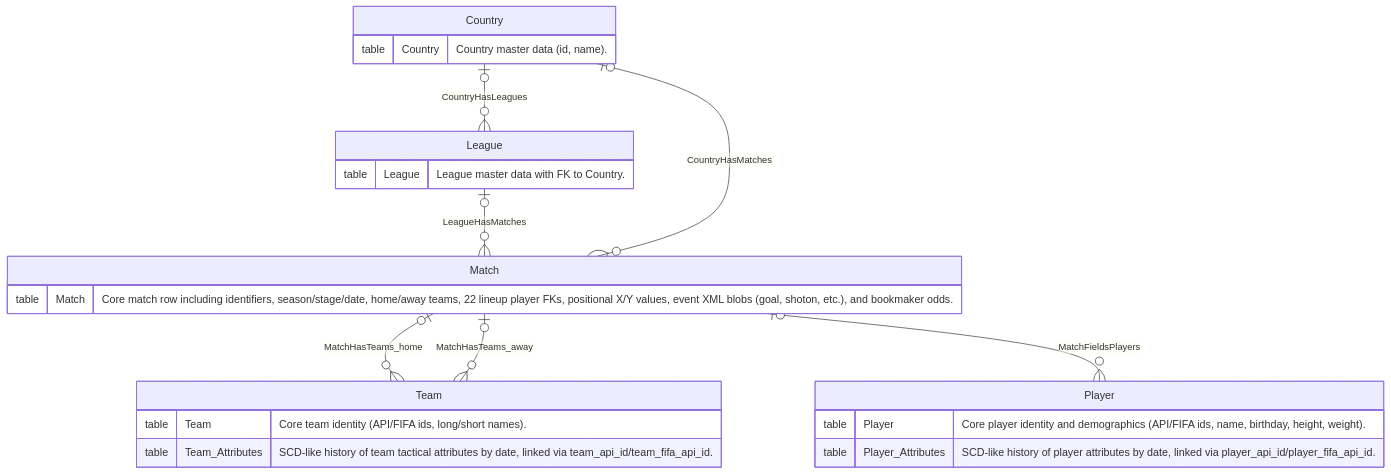
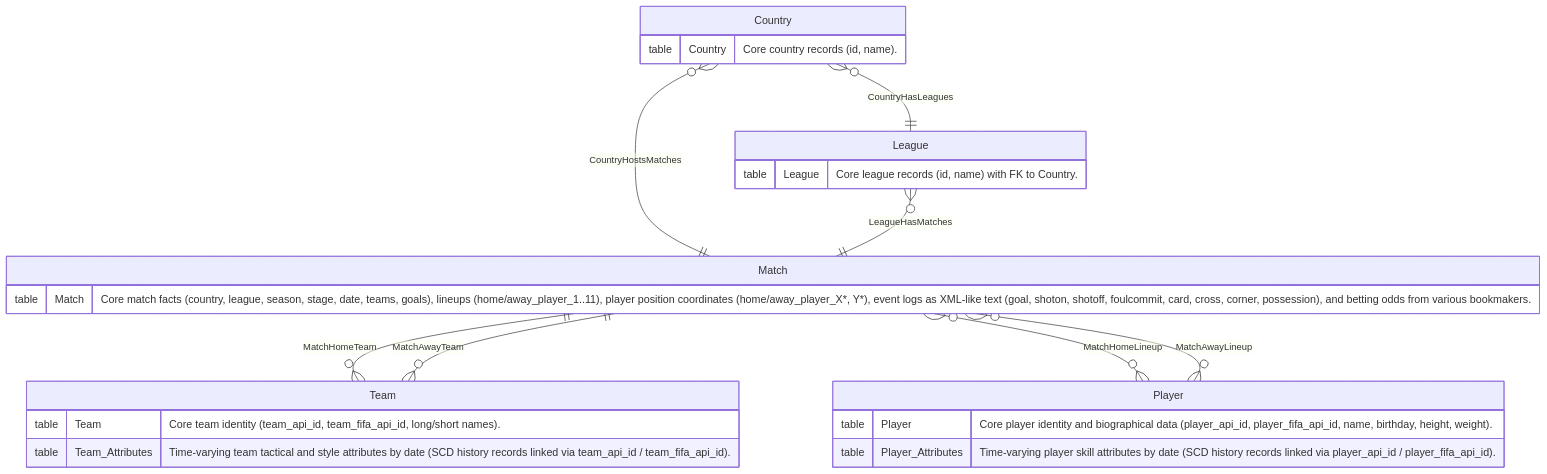
The diagram in readable/preprocessors/er_diagram_synthesizer/bird-sql+european_football_2.md (megagonlabs/tabulaflow), drawn with Mermaid before and after one commit. The commit also changed 103 other files, not shown here.

````diff
--- a/readable/preprocessors/er_diagram_synthesizer/bird-sql+european_football_2.md
+++ b/readable/preprocessors/er_diagram_synthesizer/bird-sql+european_football_2.md
@@ -1,36 +1,41 @@
 ```mermaid
 erDiagram
     Match {
-        table Match "Core match row including identifiers, season/stage/date, home/away teams, 22 lineup player FKs, positional X/Y values, event XML blobs (goal, shoton, etc.), and bookmaker odds."
+        table Match "Core match facts (country, league, season, stage, date, teams, goals), lineups (home/away_player_1..11), player position coordinates (home/away_player_X*, Y*), event logs as XML-like text (goal, shoton, shotoff, foulcommit, card, cross, corner, possession), and betting odds from various bookmakers."
     }
     Country {
-        table Country "Country master data (id, name)."
+        table Country "Core country records (id, name)."
     }
     League {
-        table League "League master data with FK to Country."
+        table League "Core league records (id, name) with FK to Country."
     }
     Team {
-        table Team "Core team identity (API/FIFA ids, long/short names)."
-        table Team_Attributes "SCD-like history of team tactical attributes by date, linked via team_api_id/team_fifa_api_id."
+        table Team "Core team identity (team_api_id, team_fifa_api_id, long/short names)."
+        table Team_Attributes "Time-varying team tactical and style attributes by date (SCD history records linked via team_api_id / team_fifa_api_id)."
     }
     Player {
-        table Player "Core player identity and demographics (API/FIFA ids, name, birthday, height, weight)."
-        table Player_Attributes "SCD-like history of player attributes by date, linked via player_api_id/player_fifa_api_id."
+        table Player "Core player identity and biographical data (player_api_id, player_fifa_api_id, name, birthday, height, weight)."
+        table Player_Attributes "Time-varying player skill attributes by date (SCD history records linked via player_api_id / player_fifa_api_id)."
     }
 
-    %% FROM Country c JOIN League l ON l.country_id = c.id
-    Country |o--o{ League : "CountryHasLeagues"
+    %% FROM League l JOIN Country c ON l.country_id = c.id
+    Country }o--|| League : "CountryHasLeagues"
 
-    %% FROM League l JOIN Match m ON m.league_id = l.id
-    League |o--o{ Match : "LeagueHasMatches"
+    %% FROM Match m JOIN Country c ON m.country_id = c.id
+    Country }o--|| Match : "CountryHostsMatches"
 
-    %% FROM Country c JOIN Match m ON m.country_id = c.id
-    Country |o--o{ Match : "CountryHasMatches"
+    %% FROM Match m JOIN League l ON m.league_id = l.id
+    League }o--|| Match : "LeagueHasMatches"
 
-    %% FROM Match m LEFT JOIN Team home ON home.team_api_id = m.home_team_api_id LEFT JOIN Team away ON away.team_api_id = m.away_team_api_id
-    Match |o--o{ Team : "MatchHasTeams_home"
-    Match |o--o{ Team : "MatchHasTeams_away"
+    %% FROM Match m JOIN Team t ON t.team_api_id = m.home_team_api_id
+    Match ||--o{ Team : "MatchHomeTeam"
 
-    %% FROM Match m LEFT JOIN LATERAL (   SELECT m.home_player_1 AS player_api_id, 'home' AS side, 1 AS slot   UNION ALL SELECT m.home_player_2, 'home', 2   UNION ALL SELECT m.home_player_3, 'home', 3   UNION ALL SELECT m.home_player_4, 'home', 4   UNION ALL SELECT m.home_player_5, 'home', 5   UNION ALL SELECT m.home_player_6, 'home', 6   UNION ALL SELECT m.home_player_7, 'home', 7   UNION ALL SELECT m.home_player_8, 'home', 8   UNION ALL SELECT m.home_player_9, 'home', 9   UNION ALL SELECT m.home_player_10, 'home', 10   UNION ALL SELECT m.home_player_11, 'home', 11   UNION ALL SELECT m.away_player_1, 'away', 1   UNION ALL SELECT m.away_player_2, 'away', 2   UNION ALL SELECT m.away_player_3, 'away', 3   UNION ALL SELECT m.away_player_4, 'away', 4   UNION ALL SELECT m.away_player_5, 'away', 5   UNION ALL SELECT m.away_player_6, 'away', 6   UNION ALL SELECT m.away_player_7, 'away', 7   UNION ALL SELECT m.away_player_8, 'away', 8   UNION ALL SELECT m.away_player_9, 'away', 9   UNION ALL SELECT m.away_player_10, 'away', 10   UNION ALL SELECT m.away_player_11, 'away', 11 ) lu ON TRUE LEFT JOIN Player p ON p.player_api_id = lu.player_api_id
-    Match |o--o{ Player : "MatchFieldsPlayers"
+    %% FROM Match m JOIN Team t ON t.team_api_id = m.away_team_api_id
+    Match ||--o{ Team : "MatchAwayTeam"
+
+    %% FROM Match m JOIN Player p ON p.player_api_id IN (m.home_player_1, m.home_player_2, m.home_player_3, m.home_player_4, m.home_player_5, m.home_player_6, m.home_player_7, m.home_player_8, m.home_player_9, m.home_player_10, m.home_player_11)
+    Match }o--o{ Player : "MatchHomeLineup"
+
+    %% FROM Match m JOIN Player p ON p.player_api_id IN (m.away_player_1, m.away_player_2, m.away_player_3, m.away_player_4, m.away_player_5, m.away_player_6, m.away_player_7, m.away_player_8, m.away_player_9, m.away_player_10, m.away_player_11)
+    Match }o--o{ Player : "MatchAwayLineup"
 ```
````
